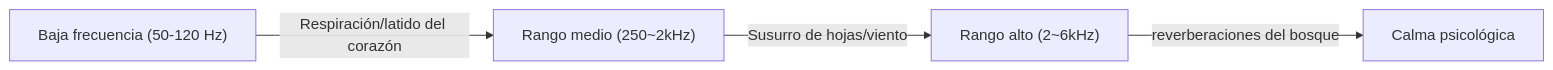
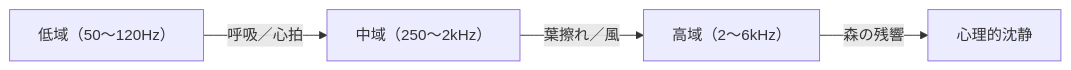
The second of 2 diagrams in es/_posts/2025-10-27-column-recondite-forest.md (monumental-movement/monumental-movement.github.io), drawn with Mermaid before and after one commit. The commit also changed other lines of this file and 299 other files, not shown here.

```diff
--- a/es/_posts/2025-10-27-column-recondite-forest.md
+++ b/es/_posts/2025-10-27-column-recondite-forest.md
@@ -155,8 +155,8 @@
 <div class="mermaid">
 
 graph LR
-    A["Baja frecuencia (50-120 Hz)"] -->|Respiración/latido del corazón| B["Rango medio (250~2kHz)"]
-    B -->|Susurro de hojas/viento| C["Rango alto (2~6kHz)"]
-    C -->|reverberaciones del bosque| D["Calma psicológica"]
+    A["低域（50〜120Hz）"] -->|呼吸／心拍| B["中域（250〜2kHz）"]
+    B -->|葉擦れ／風| C["高域（2〜6kHz）"]
+    C -->|森の残響| D["心理的沈静"]
 
 </div>
```
